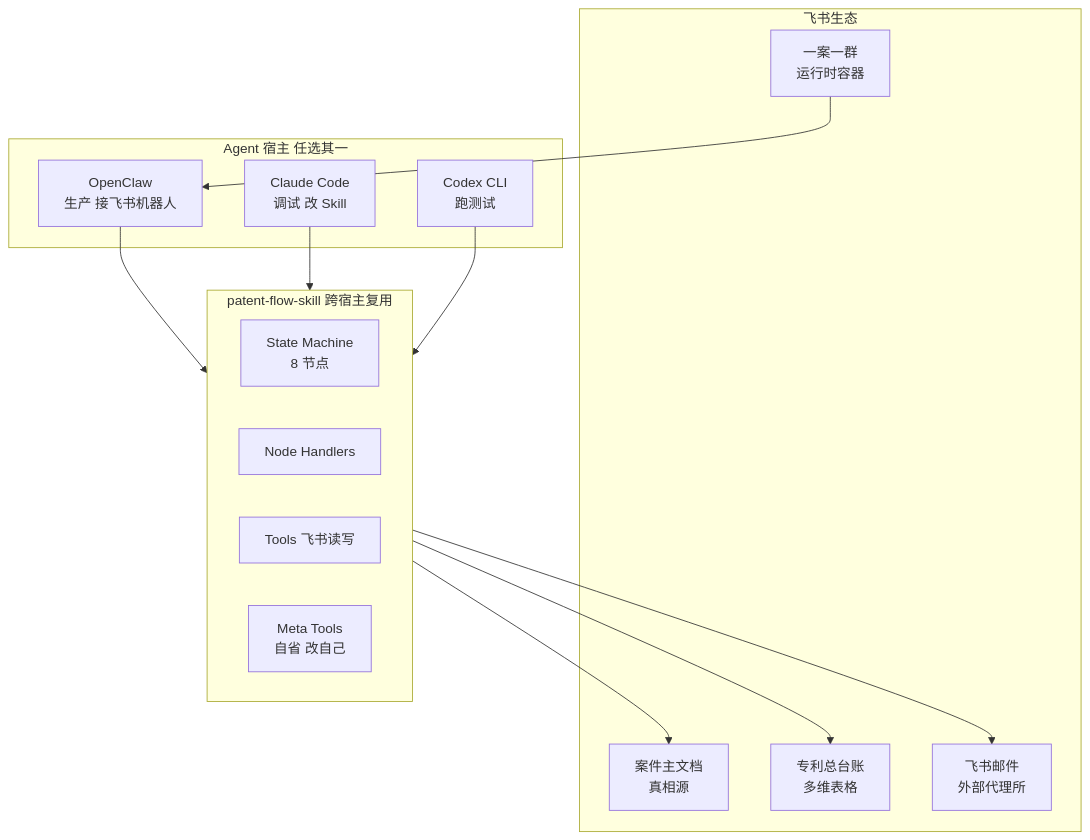
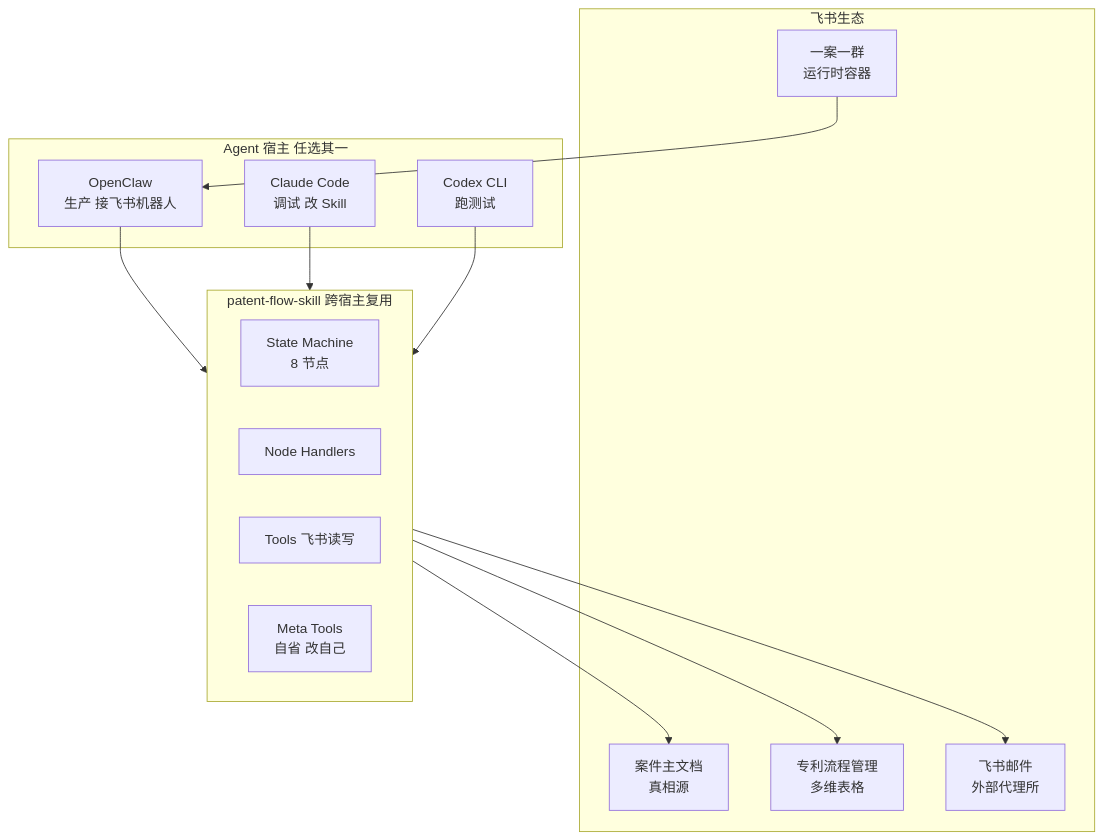
The first of 3 diagrams in design.md (ly3too/patent_flow), drawn with Mermaid before and after one commit. The commit also changed other lines of this file and 10 other files, not shown here.

````diff
--- a/design.md
+++ b/design.md
@@ -26,30 +26,30 @@
 ```mermaid
 flowchart TB
   subgraph Lark[飞书生态]
     Chat[一案一群<br/>运行时容器]
     Doc[案件主文档<br/>真相源]
-    Base[专利总台账<br/>多维表格]
+    Base[专利流程管理<br/>多维表格]
     Mail[飞书邮件<br/>外部代理所]
   end
 
   subgraph Host[Agent 宿主 任选其一]
     OC[OpenClaw<br/>生产 接飞书机器人]
     CC[Claude Code<br/>调试 改 Skill]
     CX[Codex CLI<br/>跑测试]
   end
 
   subgraph Skill[patent-flow-skill 跨宿主复用]
     SM[State Machine<br/>8 节点]
     Nodes[Node Handlers]
     Tools[Tools 飞书读写]
     Meta[Meta Tools<br/>自省 改自己]
   end
 
   Chat --> OC
   OC --> Skill
   CC --> Skill
   CX --> Skill
   Skill --> Doc
   Skill --> Base
   Skill --> Mail
 ```
````
